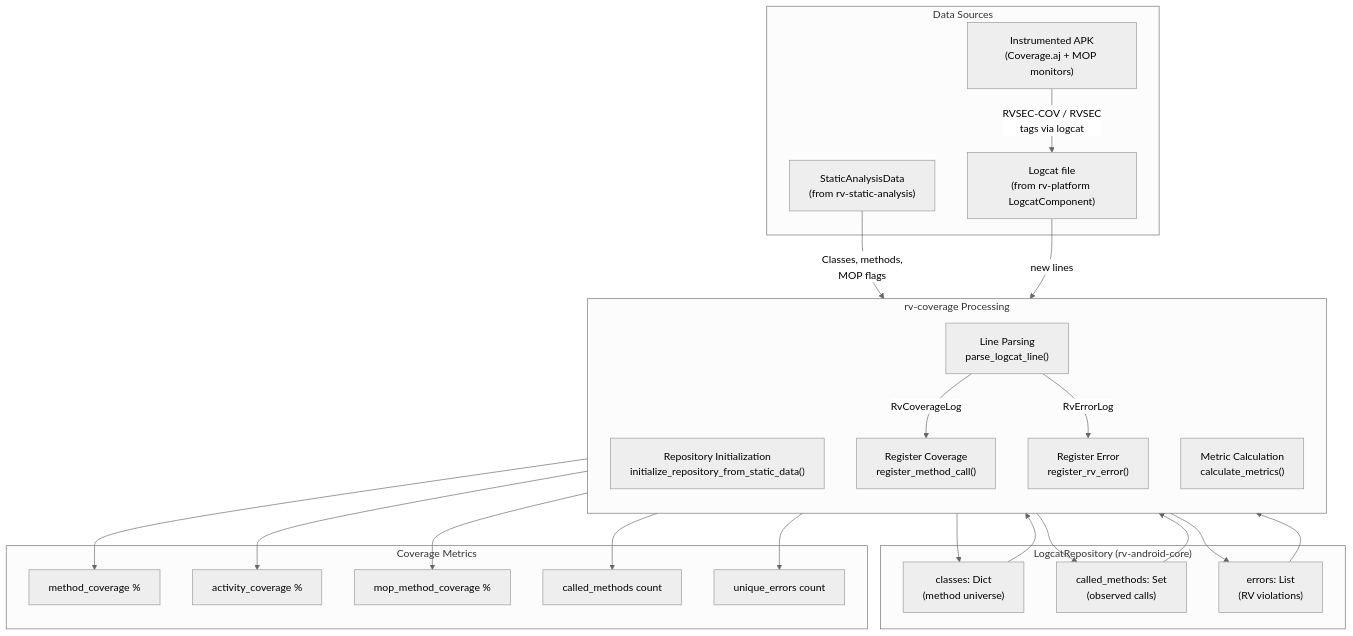
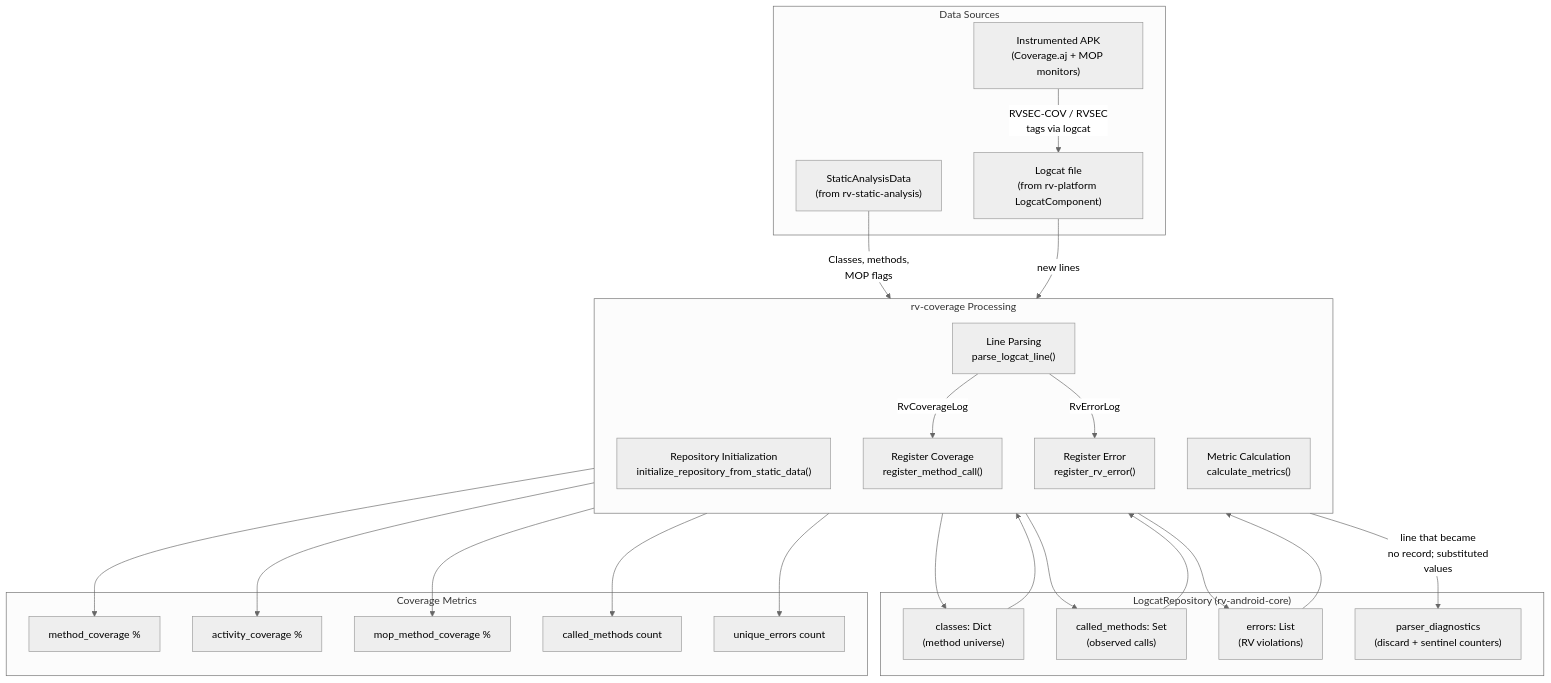
The first of 5 diagrams in rv-android/modules/rv-coverage/docs/architecture.md (PAMunb/rvsec), drawn with Mermaid before and after one commit. The commit also changed other lines of this file and 23 other files, not shown here.

````diff
--- a/rv-android/modules/rv-coverage/docs/architecture.md
+++ b/rv-android/modules/rv-coverage/docs/architecture.md
@@ -119,49 +143,51 @@
 ```mermaid
 %%{init: {'theme': 'neutral'}}%%
 flowchart TB
     subgraph Input["Data Sources"]
         SA["StaticAnalysisData\n(from rv-static-analysis)"]
         APK["Instrumented APK\n(Coverage.aj + MOP monitors)"]
         LF["Logcat file\n(from rv-platform LogcatComponent)"]
     end
 
     subgraph Processing["rv-coverage Processing"]
         direction TB
         INIT["Repository Initialization\ninitialize_repository_from_static_data()"]
         PARSE["Line Parsing\nparse_logcat_line()"]
         REG_COV["Register Coverage\nregister_method_call()"]
         REG_ERR["Register Error\nregister_rv_error()"]
         CALC["Metric Calculation\ncalculate_metrics()"]
     end
 
     subgraph Repository["LogcatRepository (rv-android-core)"]
         CLASSES["classes: Dict\n(method universe)"]
         METHODS["called_methods: Set\n(observed calls)"]
         ERRORS["errors: List\n(RV violations)"]
+        PD["parser_diagnostics\n(discard + sentinel counters)"]
     end
 
     subgraph Output["Coverage Metrics"]
         MC["method_coverage %"]
         AC["activity_coverage %"]
         MOP_C["mop_method_coverage %"]
         CM["called_methods count"]
         UE["unique_errors count"]
     end
 
     SA -->|"Classes, methods,\nMOP flags"| INIT
     INIT --> CLASSES
     APK -->|"RVSEC-COV / RVSEC\ntags via logcat"| LF
     LF -->|"new lines"| PARSE
     PARSE -->|"RvCoverageLog"| REG_COV
     PARSE -->|"RvErrorLog"| REG_ERR
+    PARSE -->|"line that became\nno record; substituted\nvalues"| PD
     REG_COV --> METHODS
     REG_ERR --> ERRORS
     CLASSES --> CALC
     METHODS --> CALC
     ERRORS --> CALC
     CALC --> MC
     CALC --> AC
     CALC --> MOP_C
     CALC --> CM
     CALC --> UE
 ```
````
